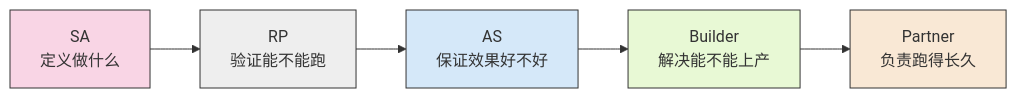
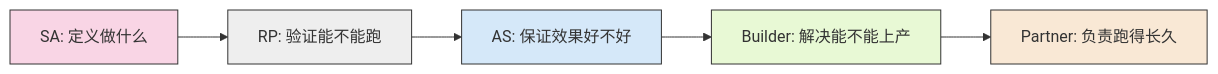
One commit to awsxuhi/genai-industry-usecases changed the second of 4 diagrams in AWS_GenAI_团队协作流程图.md. Above: the diagram before and after it, drawn with Mermaid. The commit also changed other lines of this file, not shown here.

````diff
--- a/AWS_GenAI_团队协作流程图.md
+++ b/AWS_GenAI_团队协作流程图.md
@@ -35,21 +35,21 @@
 ```mermaid
 graph LR
     %% 定义节点样式
     classDef sa fill:#f9d5e5,stroke:#333,stroke-width:1px
     classDef rp fill:#eeeeee,stroke:#333,stroke-width:1px
     classDef as fill:#d5e8f9,stroke:#333,stroke-width:1px
     classDef builder fill:#e8f9d5,stroke:#333,stroke-width:1px
     classDef partner fill:#f9e8d5,stroke:#333,stroke-width:1px
 
-    SA["SA\n定义做什么"] --> RP["RP\n验证能不能跑"]
-    RP --> AS["AS\n保证效果好不好"]
-    AS --> Builder["Builder\n解决能不能上产"]
-    Builder --> Partner["Partner\n负责跑得长久"]
+    SA["SA: 定义做什么"] --> RP["RP: 验证能不能跑"]
+    RP --> AS["AS: 保证效果好不好"]
+    AS --> Builder["Builder: 解决能不能上产"]
+    Builder --> Partner["Partner: 负责跑得长久"]
 
     %% 应用样式
     class SA sa
     class RP rp
     class AS as
     class Builder builder
     class Partner partner
 ```
````
